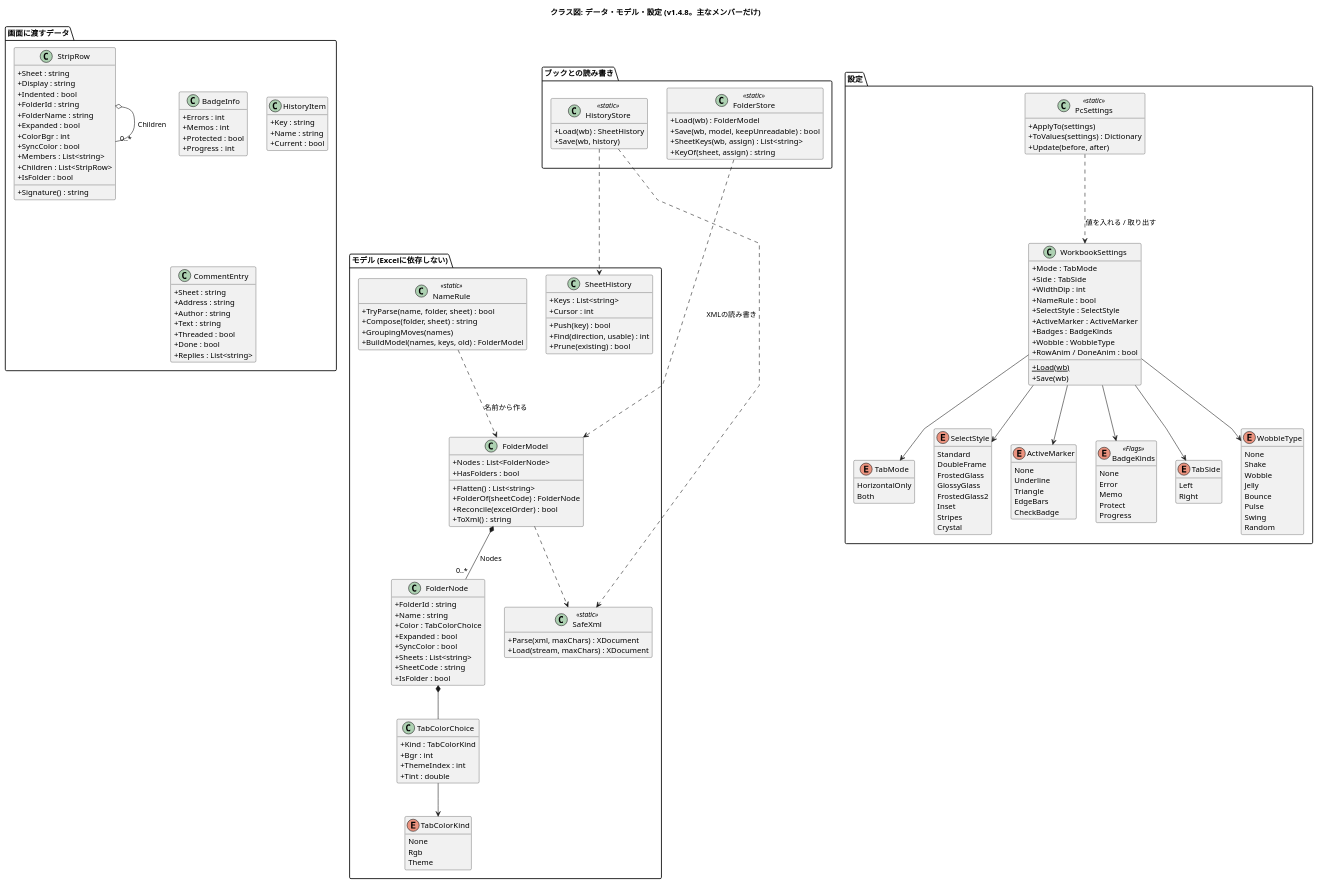
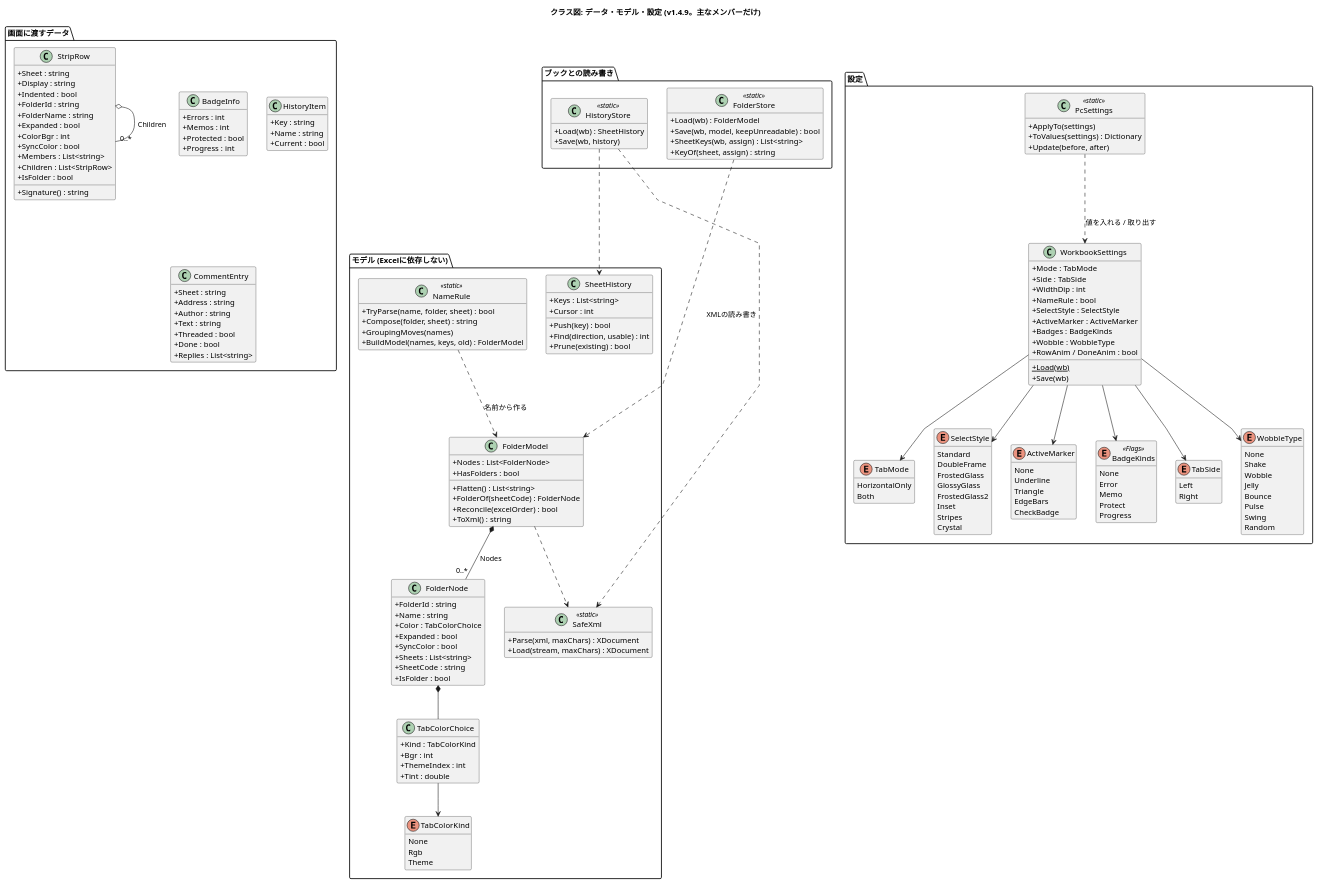
One commit to nk-taka623/VerticalSheetTabs changed the diagram in docs/class-data.puml. Above: the diagram before and after it, drawn with PlantUML. The commit also changed 14 other files, not shown here.

Commit message:
v1.4.9 にする (バージョン、README の変更点、設計図の版数)

```diff
--- a/docs/class-data.puml
+++ b/docs/class-data.puml
@@ -1,188 +1,188 @@
 @startuml
-title クラス図: データ・モデル・設定 (v1.4.8。主なメンバーだけ)
+title クラス図: データ・モデル・設定 (v1.4.9。主なメンバーだけ)
 skinparam shadowing false
 skinparam classAttributeIconSize 0
 skinparam linetype polyline
 hide empty members
 
 package "モデル (Excelに依存しない)" {
   class FolderModel {
     +Nodes : List<FolderNode>
     +HasFolders : bool
     +Flatten() : List<string>
     +FolderOf(sheetCode) : FolderNode
     +Reconcile(excelOrder) : bool
     +ToXml() : string
   }
   class FolderNode {
     +FolderId : string
     +Name : string
     +Color : TabColorChoice
     +Expanded : bool
     +SyncColor : bool
     +Sheets : List<string>
     +SheetCode : string
     +IsFolder : bool
   }
   class TabColorChoice {
     +Kind : TabColorKind
     +Bgr : int
     +ThemeIndex : int
     +Tint : double
   }
   enum TabColorKind {
     None
     Rgb
     Theme
   }
   class SheetHistory {
     +Keys : List<string>
     +Cursor : int
     +Push(key) : bool
     +Find(direction, usable) : int
     +Prune(existing) : bool
   }
   class NameRule <<static>> {
     +TryParse(name, folder, sheet) : bool
     +Compose(folder, sheet) : string
     +GroupingMoves(names)
     +BuildModel(names, keys, old) : FolderModel
   }
   class SafeXml <<static>> {
     +Parse(xml, maxChars) : XDocument
     +Load(stream, maxChars) : XDocument
   }
 }
 
 package "ブックとの読み書き" {
   class FolderStore <<static>> {
     +Load(wb) : FolderModel
     +Save(wb, model, keepUnreadable) : bool
     +SheetKeys(wb, assign) : List<string>
     +KeyOf(sheet, assign) : string
   }
   class HistoryStore <<static>> {
     +Load(wb) : SheetHistory
     +Save(wb, history)
   }
 }
 
 package "設定" {
   class WorkbookSettings {
     +Mode : TabMode
     +Side : TabSide
     +WidthDip : int
     +NameRule : bool
     +SelectStyle : SelectStyle
     +ActiveMarker : ActiveMarker
     +Badges : BadgeKinds
     +Wobble : WobbleType
     +RowAnim / DoneAnim : bool
     +Load(wb) {static}
     +Save(wb)
   }
   class PcSettings <<static>> {
     +ApplyTo(settings)
     +ToValues(settings) : Dictionary
     +Update(before, after)
   }
   enum TabMode {
     HorizontalOnly
     Both
   }
   enum SelectStyle {
     Standard
     DoubleFrame
     FrostedGlass
     GlossyGlass
     FrostedGlass2
     Inset
     Stripes
     Crystal
   }
   enum ActiveMarker {
     None
     Underline
     Triangle
     EdgeBars
     CheckBadge
   }
   enum BadgeKinds <<Flags>> {
     None
     Error
     Memo
     Protect
     Progress
   }
   enum TabSide {
     Left
     Right
   }
   enum WobbleType {
     None
     Shake
     Wobble
     Jelly
     Bounce
     Pulse
     Swing
     Random
   }
 }
 
 package "画面に渡すデータ" {
   class StripRow {
     +Sheet : string
     +Display : string
     +Indented : bool
     +FolderId : string
     +FolderName : string
     +Expanded : bool
     +ColorBgr : int
     +SyncColor : bool
     +Members : List<string>
     +Children : List<StripRow>
     +IsFolder : bool
     +Signature() : string
   }
   class BadgeInfo {
     +Errors : int
     +Memos : int
     +Protected : bool
     +Progress : int
   }
   class HistoryItem {
     +Key : string
     +Name : string
     +Current : bool
   }
   class CommentEntry {
     +Sheet : string
     +Address : string
     +Author : string
     +Text : string
     +Threaded : bool
     +Done : bool
     +Replies : List<string>
   }
 }
 
 FolderModel *-- "0..*" FolderNode : Nodes
 FolderNode *-- TabColorChoice
 TabColorChoice --> TabColorKind
 StripRow o-- "0..*" StripRow : Children
 
 FolderStore ..> FolderModel : XMLの読み書き
 FolderModel ..> SafeXml
 HistoryStore ..> SheetHistory
 HistoryStore ..> SafeXml
 NameRule ..> FolderModel : 名前から作る
 
 WorkbookSettings --> TabMode
 WorkbookSettings --> TabSide
 WorkbookSettings --> SelectStyle
 WorkbookSettings --> ActiveMarker
 WorkbookSettings --> BadgeKinds
 WorkbookSettings --> WobbleType
 PcSettings ..> WorkbookSettings : 値を入れる / 取り出す
 @enduml
```
